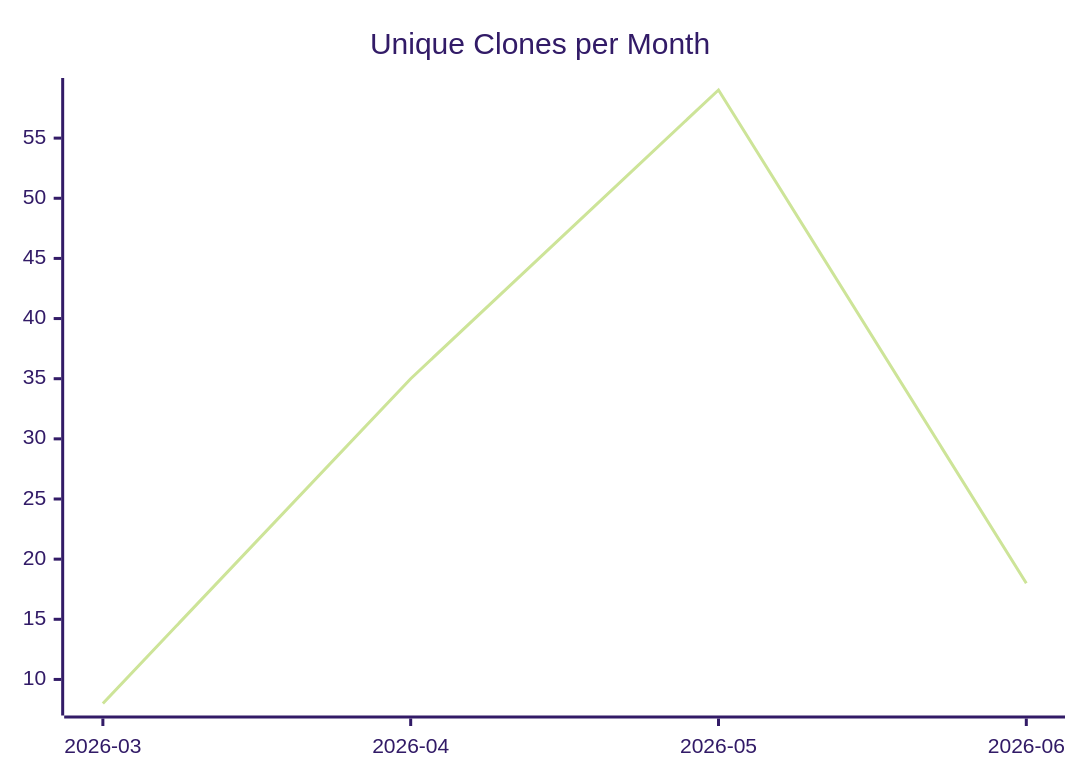
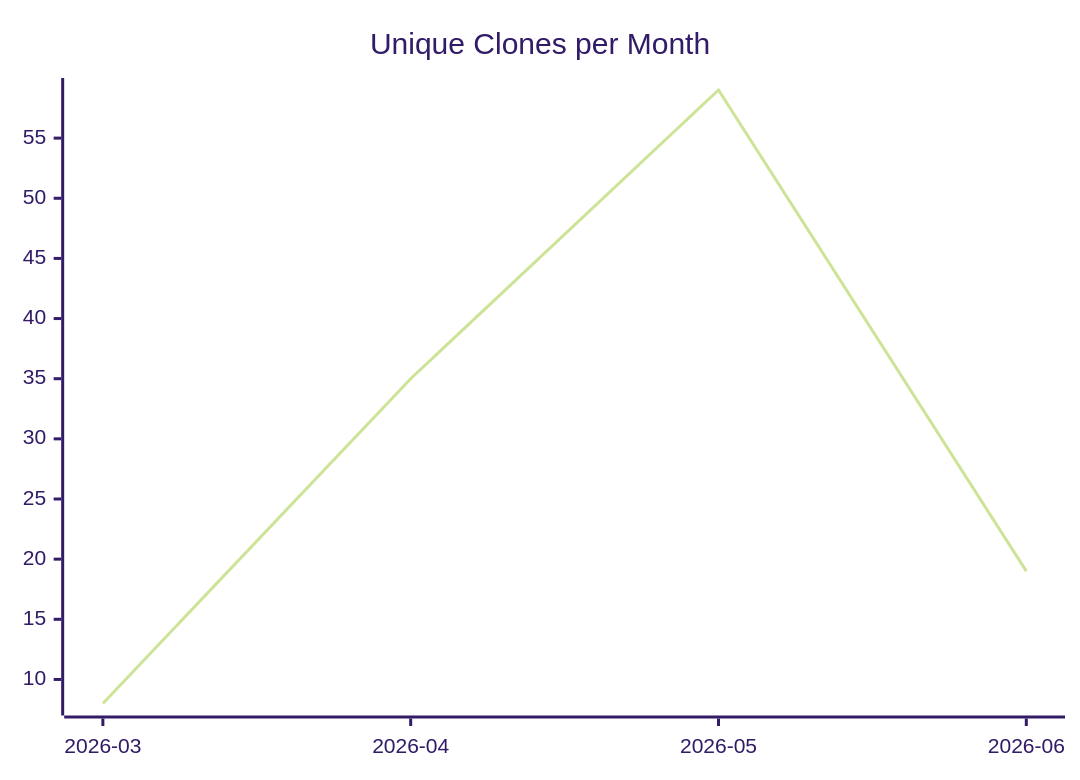
Before and after one commit to justdavis-family/github-analytics-data: the third of 3 diagrams in karlmdavis/fhir-benchmarks/README.md, drawn with Mermaid (forest theme). The commit also changed other lines of this file and 196 other files, not shown here.

````diff
--- a/karlmdavis/fhir-benchmarks/README.md
+++ b/karlmdavis/fhir-benchmarks/README.md
@@ -19,6 +19,6 @@
 ```mermaid
 xychart-beta
   title "Unique Clones per Month"
   x-axis ["2026-03", "2026-04", "2026-05", "2026-06"]
-  line [8, 35, 59, 18]
+  line [8, 35, 59, 19]
 ```
````
